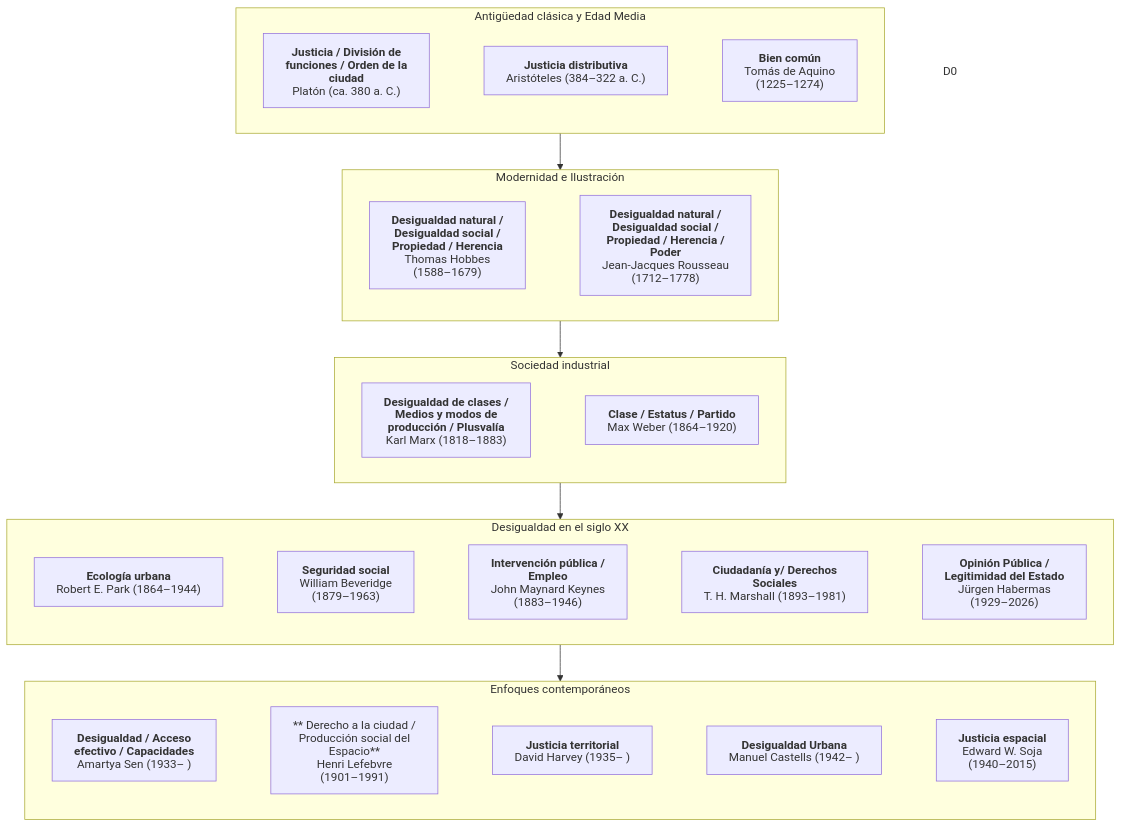
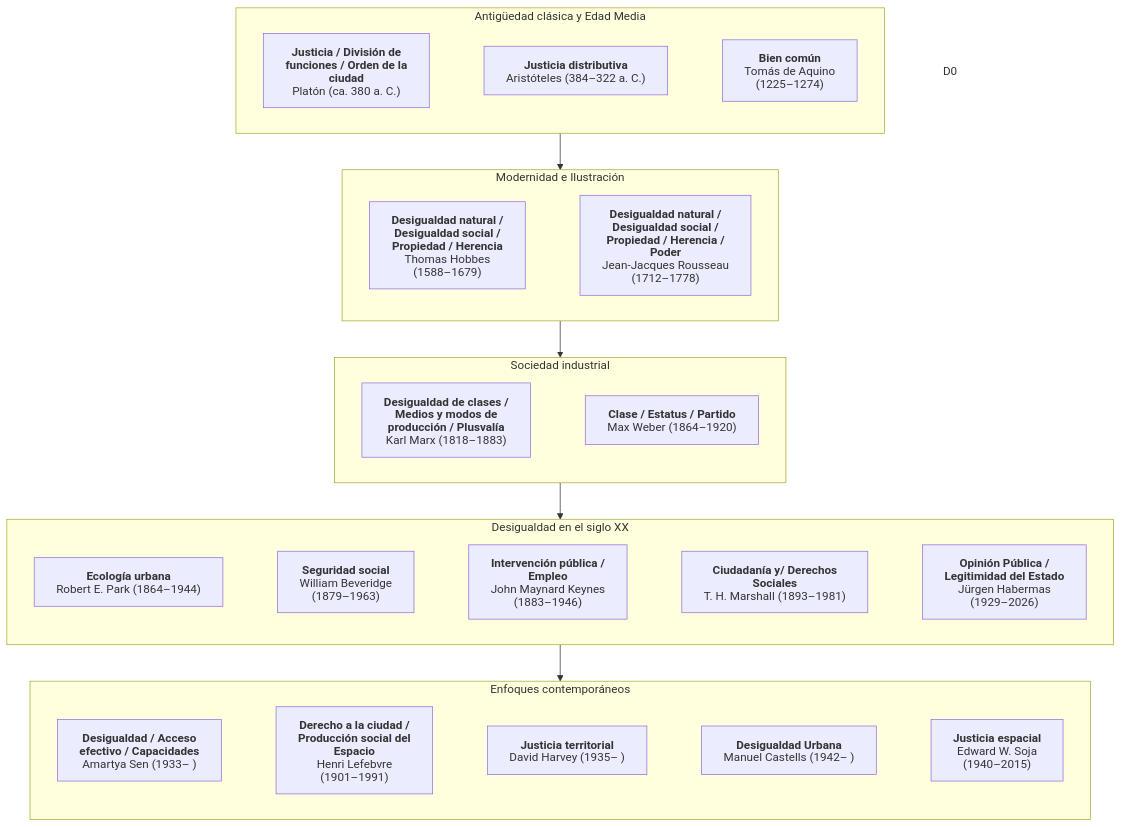
One commit to isarivg/esquema_marco_teorico changed the diagram in desigualdad.md. Above: the diagram before and after it, drawn with Mermaid.

````diff
--- a/desigualdad.md
+++ b/desigualdad.md
@@ -1,73 +1,73 @@
 ```mermaid
 ---
 config:
   htmlLabels: false
 ---
 flowchart TD
     subgraph A["Antigüedad clásica y Edad Media"]
         direction LR
         A1["`**Justicia / División de funciones / Orden de la ciudad**
 Platón (ca. 380 a. C.)`"]
         A2["`**Justicia distributiva**
 Aristóteles (384–322 a. C.)`"]
         A3["`**Bien común**
 Tomás de Aquino (1225–1274)`"]
 
         A1 ~~~ A2 ~~~ A3
     end
 
     subgraph B["Modernidad e Ilustración"]
         direction LR
         B1["`**Desigualdad natural / Desigualdad social / Propiedad / Herencia**
 Thomas Hobbes (1588–1679)`"]
         B3["`**Desigualdad natural / Desigualdad social / Propiedad / Herencia / Poder**
 Jean-Jacques Rousseau (1712–1778)`"]
 
         B1 ~~~ B3
     end
 
     subgraph C["Sociedad industrial"]
         direction LR
         C1["`**Desigualdad de clases / Medios y modos de producción / Plusvalía**
 Karl Marx (1818–1883)`"]
         C2["`**Clase / Estatus / Partido**
 Max Weber (1864–1920)`"]
 
         C1 ~~~ C2
     end
 
     subgraph D["Desigualdad en el siglo XX"]
         direction LR
         D2["`**Ecología urbana**
 Robert E. Park (1864–1944)`"]
         D3["`**Seguridad social**
 William Beveridge (1879–1963)`"]
         D4["`**Intervención pública / Empleo**
 John Maynard Keynes (1883–1946)`"]
         D5["`**Ciudadanía y/ Derechos Sociales**
 T. H. Marshall (1893–1981)`"]
         D6["`**Opinión Pública / Legitimidad del Estado**
 Jürgen Habermas (1929–2026)`"]
 
         D2 ~~~ D3 ~~~ D4 ~~~ D5 ~~~ D6
     end
 
     subgraph E["Enfoques contemporáneos"]
         direction LR
         E1["`**Desigualdad / Acceso efectivo / Capacidades**
 Amartya Sen (1933– )`"]
-        E2["`** Derecho a la ciudad /  Producción social del Espacio**
+        E2["`**Derecho a la ciudad /  Producción social del Espacio**
 Henri Lefebvre (1901–1991)`"]
         E3["`**Justicia territorial**
 David Harvey (1935– )`"]
         E4["`**Desigualdad Urbana**
 Manuel Castells (1942– )`"]
         E5["`**Justicia espacial**
 Edward W. Soja (1940–2015)`"]
 
         E1 ~~~ E2 ~~~ E3 ~~~ E4 ~~~ E5
 
     end
     A --> B --> C --> D --> E
     style D0 fill:none,stroke:none
 ```
````
